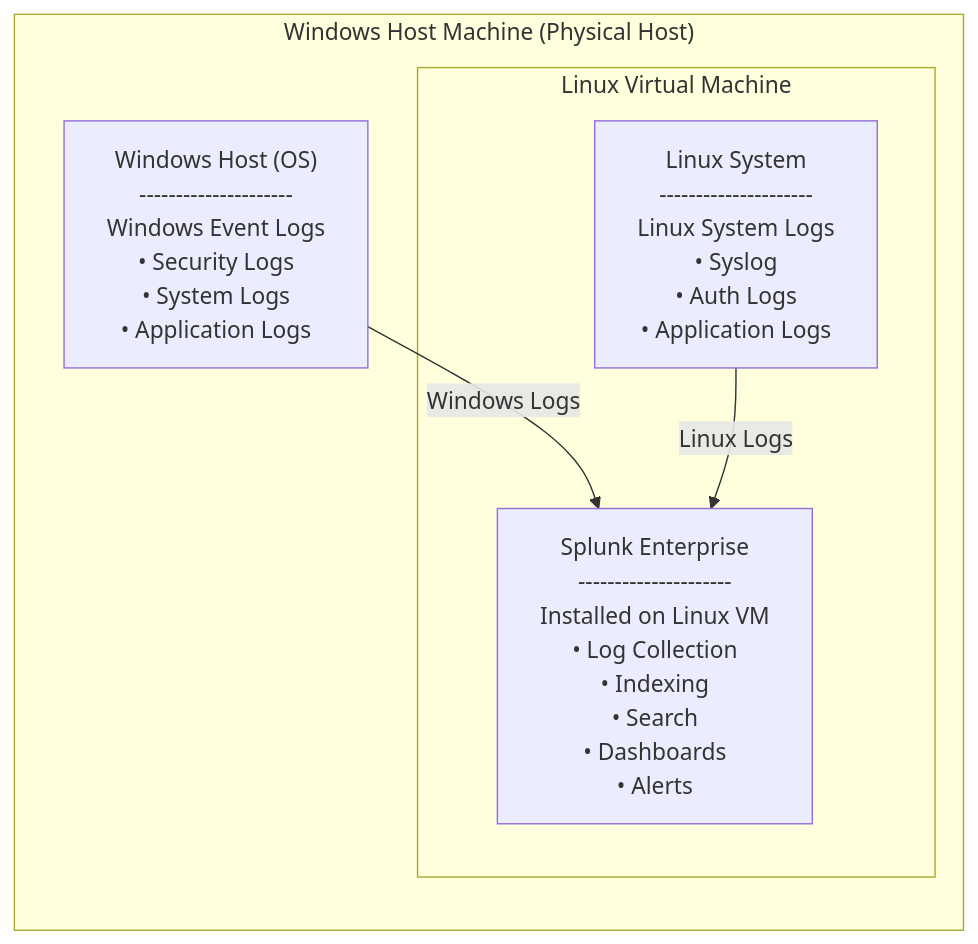
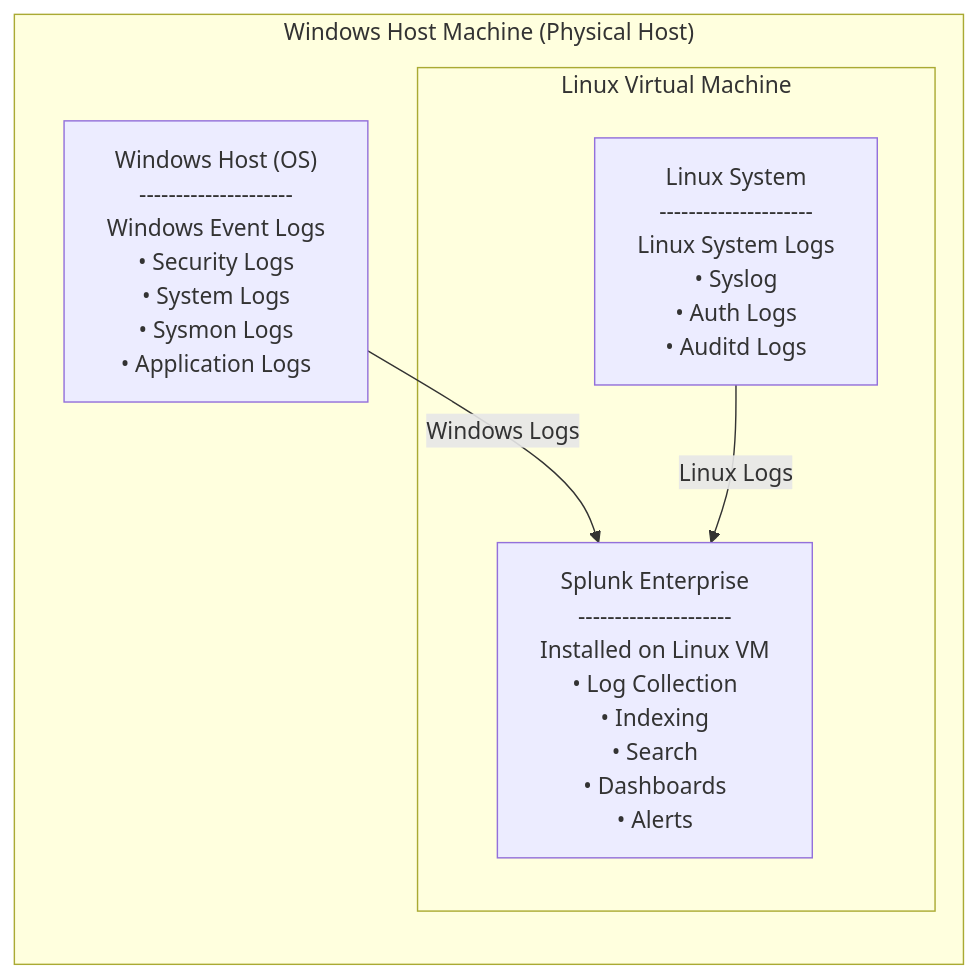
Before and after one commit to Yellmahn/SOC-labs: the diagram in Splunk-Home-SOC-Lab/README.md, drawn with Mermaid. The commit also changed other lines of this file, not shown here.

````diff
--- a/Splunk-Home-SOC-Lab/README.md
+++ b/Splunk-Home-SOC-Lab/README.md
@@ -33,34 +29,35 @@
 ```mermaid
 flowchart LR
 
     subgraph WH["Windows Host Machine (Physical Host)"]
 
         W["Windows Host (OS)
         ---------------------
         Windows Event Logs
         • Security Logs
         • System Logs
+        • Sysmon Logs
         • Application Logs"]
 
         subgraph VM["Linux Virtual Machine"]
             L["Linux System
             ---------------------
             Linux System Logs
             • Syslog
             • Auth Logs
-            • Application Logs"]
+            • Auditd Logs"]
 
             S["Splunk Enterprise
             ---------------------
             Installed on Linux VM
             • Log Collection
             • Indexing
             • Search
             • Dashboards
             • Alerts"]
         end
     end
 
     W -->|Windows Logs| S
     L -->|Linux Logs| S
 ```
````
